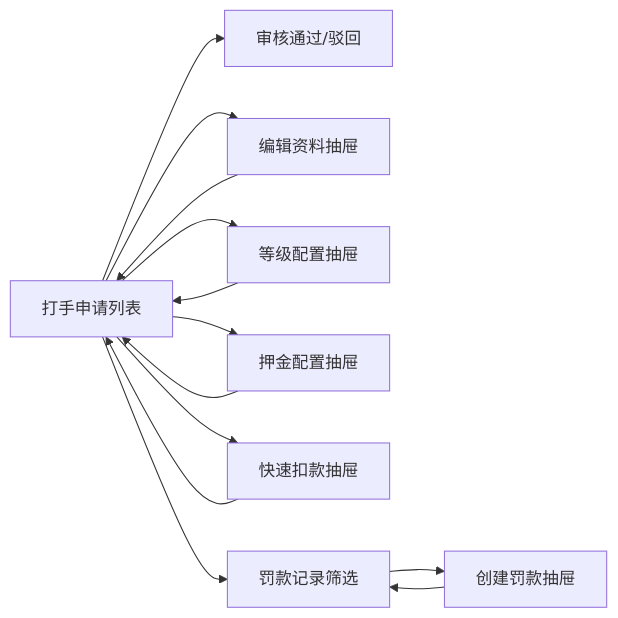
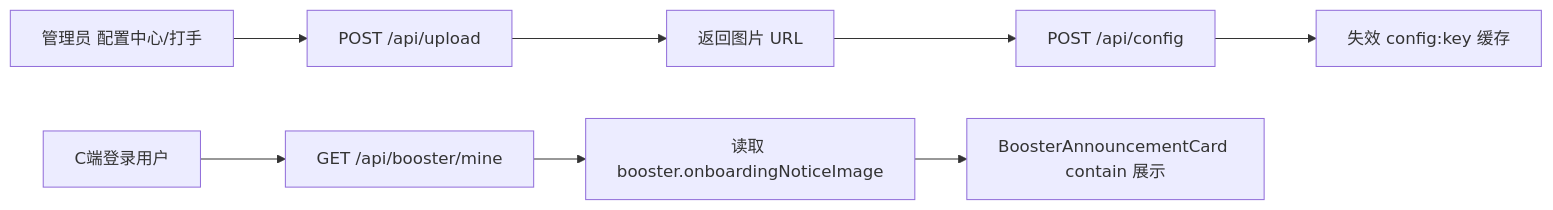
Before and after one commit to yiting001/E-sports-01: the seventh of 7 diagrams in docs/booster.md, drawn with Mermaid. The commit also changed other lines of this file and 199 other files, not shown here.

````diff
--- a/docs/booster.md
+++ b/docs/booster.md
@@ -83,15 +320,10 @@
 ```mermaid
 flowchart LR
-  A["打手申请列表"] --> B["审核通过/驳回"]
-  A --> C["编辑资料抽屉"]
-  A --> D["等级配置抽屉"]
-  A --> E["押金配置抽屉"]
-  A --> H["快速扣款抽屉"]
-  A --> F["罚款记录筛选"]
-  F --> G["创建罚款抽屉"]
-  C --> A
-  D --> A
-  E --> A
-  H --> A
-  G --> F
+  Admin["管理员 配置中心/打手"] --> Upload["POST /api/upload"]
+  Upload --> URL["返回图片 URL"]
+  URL --> Save["POST /api/config"]
+  Save --> Cache["失效 config:key 缓存"]
+  User["C端登录用户"] --> Mine["GET /api/booster/mine"]
+  Mine --> Read["读取 booster.onboardingNoticeImage"]
+  Read --> Card["BoosterAnnouncementCard contain 展示"]
 ```
````
